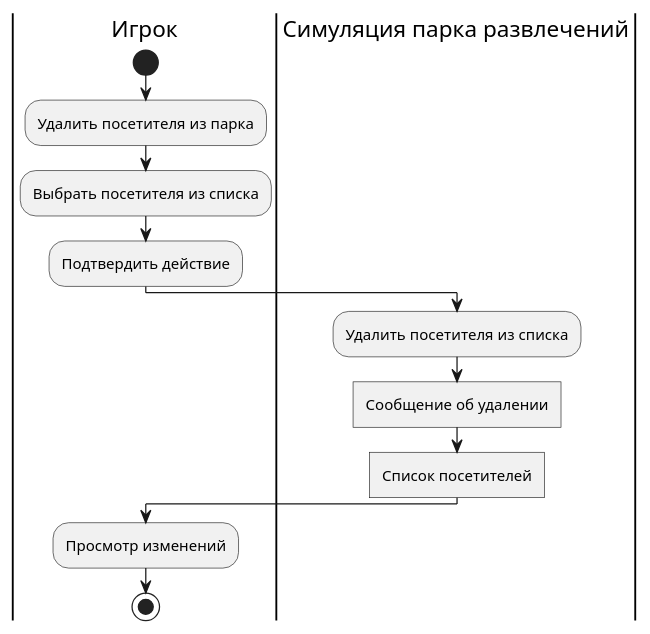
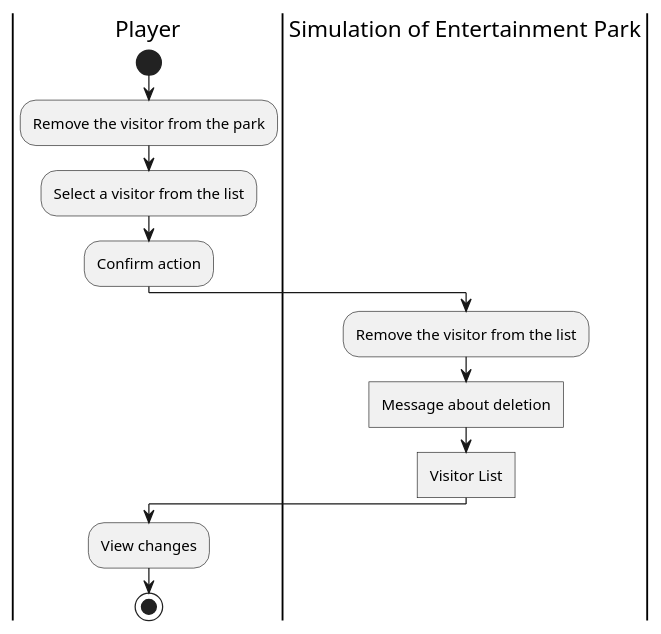
Before and after one commit to mzhirko/amusement-park: the diagram in description/diagrams/diagrams-en/activity/delete-visitor-activity-diagram.wsd, drawn with PlantUML. The commit also changed 25 other files, not shown here.

Commit message:
Translate activity diagrams + render imgs

```diff
--- a/description/diagrams/diagrams-en/activity/delete-visitor-activity-diagram.wsd
+++ b/description/diagrams/diagrams-en/activity/delete-visitor-activity-diagram.wsd
@@ -1,14 +1,14 @@
 @startuml
-|Игрок|
+|Player|
 start
-:Удалить посетителя из парка;
-:Выбрать посетителя из списка;
-:Подтвердить действие;
-|Симуляция парка развлечений|
-:Удалить посетителя из списка;
-:Cообщение об удалении]
-:Cписок посетителей]
-|Игрок|
-:Просмотр изменений;
+:Remove the visitor from the park;
+:Select a visitor from the list;
+:Confirm action;
+|Simulation of Entertainment Park|
+:Remove the visitor from the list;
+:Message about deletion]
+:Visitor List]
+|Player|
+:View changes;
 stop
 @enduml
```
